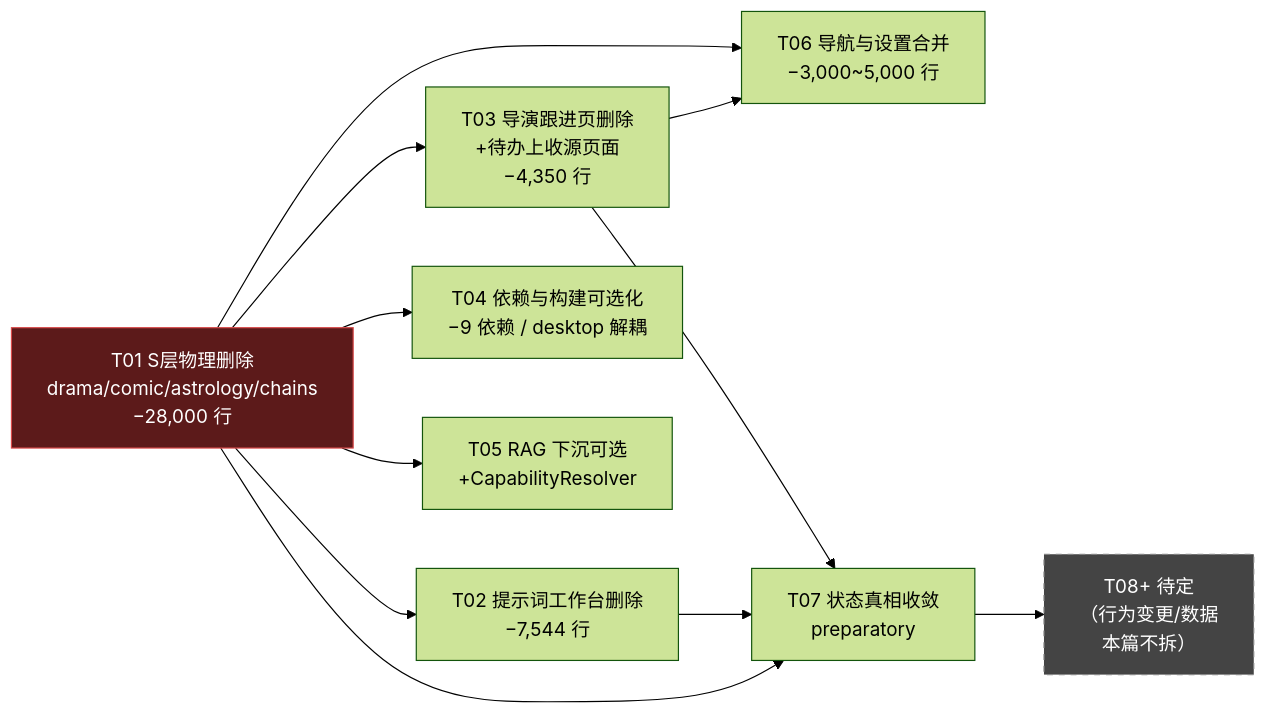
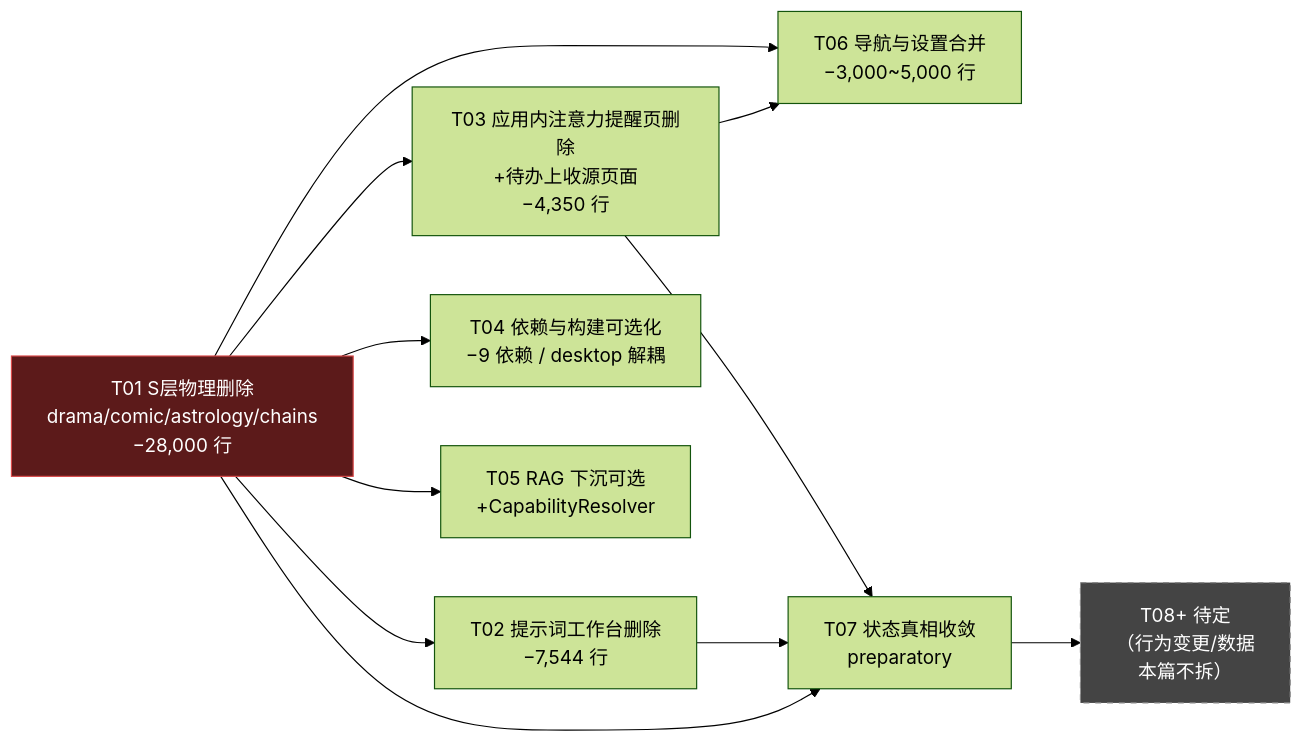
Before and after one commit to ourvps1688/novel2all: the second of 2 diagrams in docs/simplification/02-architecture-simplification-plan.md, drawn with Mermaid (forest theme). The commit also changed other lines of this file and 61 other files, not shown here.

````diff
--- a/docs/simplification/02-architecture-simplification-plan.md
+++ b/docs/simplification/02-architecture-simplification-plan.md
@@ -760,25 +760,25 @@
 ```mermaid
 graph LR
     T01["T01 S层物理删除<br/>drama/comic/astrology/chains<br/>−28,000 行"]
     T02["T02 提示词工作台删除<br/>−7,544 行"]
-    T03["T03 导演跟进页删除<br/>+待办上收源页面<br/>−4,350 行"]
+    T03["T03 应用内注意力提醒页删除<br/>+待办上收源页面<br/>−4,350 行"]
     T04["T04 依赖与构建可选化<br/>−9 依赖 / desktop 解耦"]
     T05["T05 RAG 下沉可选<br/>+CapabilityResolver"]
     T06["T06 导航与设置合并<br/>−3,000~5,000 行"]
     T07["T07 状态真相收敛<br/> preparatory"]
     T08["T08+ 待定<br/>（行为变更/数据<br/>本篇不拆）"]
 
     T01 --> T02
     T01 --> T03
     T01 --> T04
     T01 --> T05
     T01 --> T07
     T02 --> T07
     T03 --> T06
     T01 --> T06
     T03 --> T07
     T07 --> T08
 
     style T01 fill:#5c1a1a,stroke:#d94a4a,color:#fff
     style T08 fill:#444,stroke:#888,color:#fff,stroke-dasharray: 5 5
 ```
````
